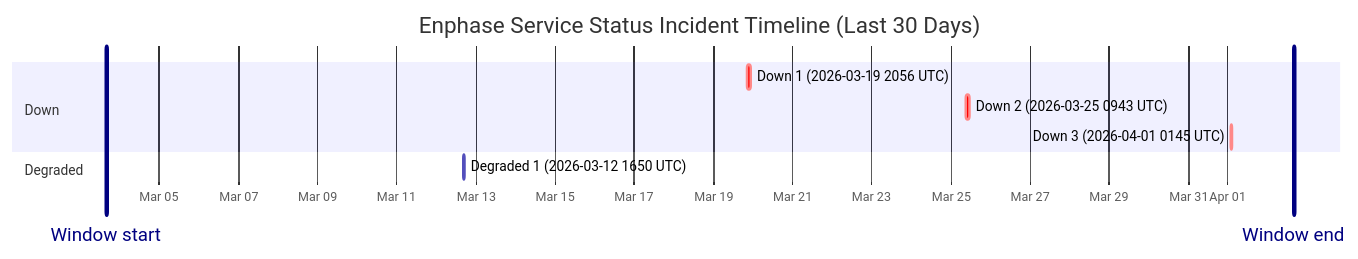
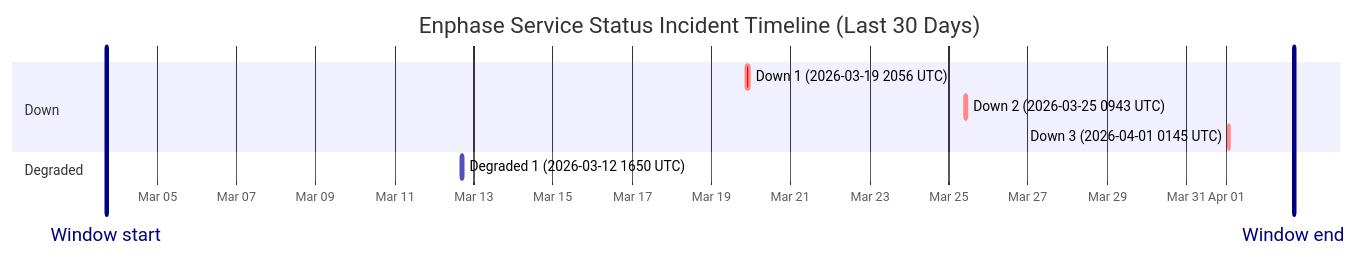
Before and after one commit to barneyonline/ha-enphase-ev-charger: the diagram in wiki/Service-Status-History.md, drawn with Mermaid. The commit also changed other lines of this file and 3 other files, not shown here.

````diff
--- a/wiki/Service-Status-History.md
+++ b/wiki/Service-Status-History.md
@@ -14,14 +14,14 @@
 ```mermaid
 gantt
     title Enphase Service Status Incident Timeline (Last 30 Days)
     dateFormat  YYYY-MM-DDTHH:mm:ss
     axisFormat  %b %d
-    Window start :vert, window-start, 2026-03-03T16:00:14, 0ms
-    Window end :vert, window-end, 2026-04-02T16:00:14, 0ms
+    Window start :vert, window-start, 2026-03-03T17:14:00, 0ms
+    Window end :vert, window-end, 2026-04-02T17:14:00, 0ms
     section Down
     Down 1 (2026-03-19 2056 UTC) :crit, down-1, 2026-03-19T20:56:20, 145m
     Down 2 (2026-03-25 0943 UTC) :crit, down-2, 2026-03-25T09:43:28, 111m
     Down 3 (2026-04-01 0145 UTC) :crit, down-3, 2026-04-01T01:45:09, 60m
     section Degraded
     Degraded 1 (2026-03-12 1650 UTC) :active, degraded-1, 2026-03-12T16:50:43, 60m
 ```
````
